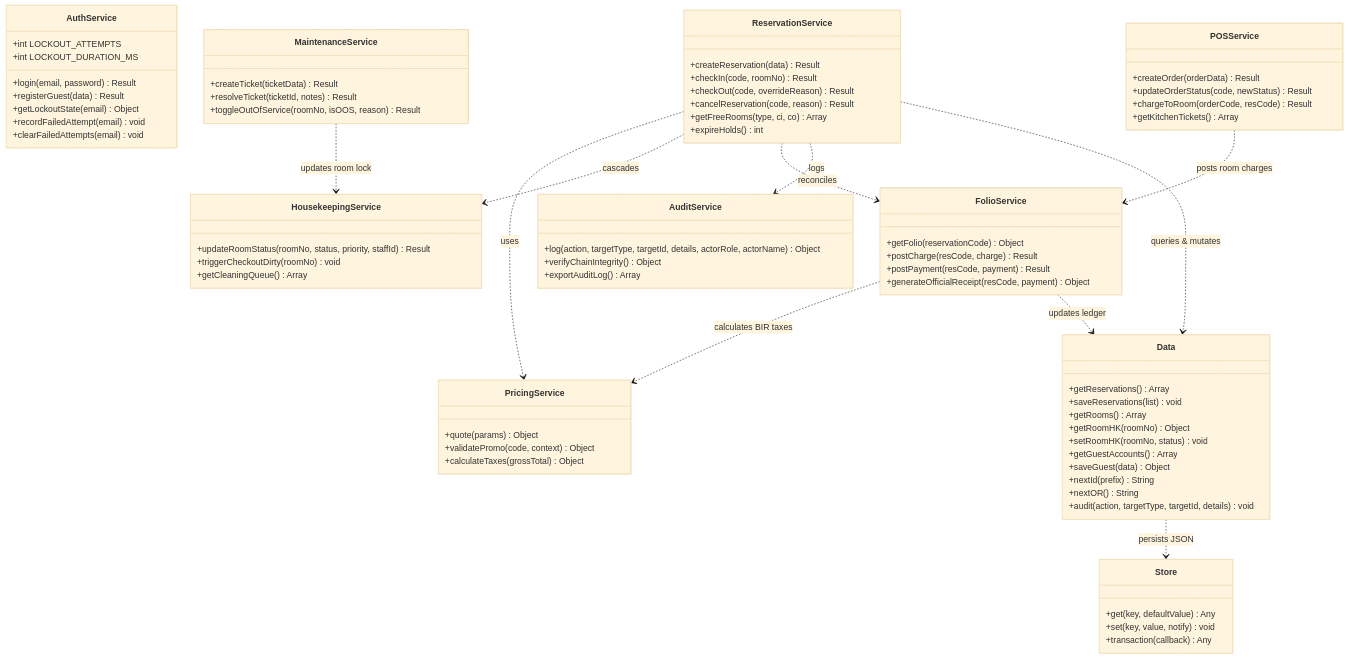
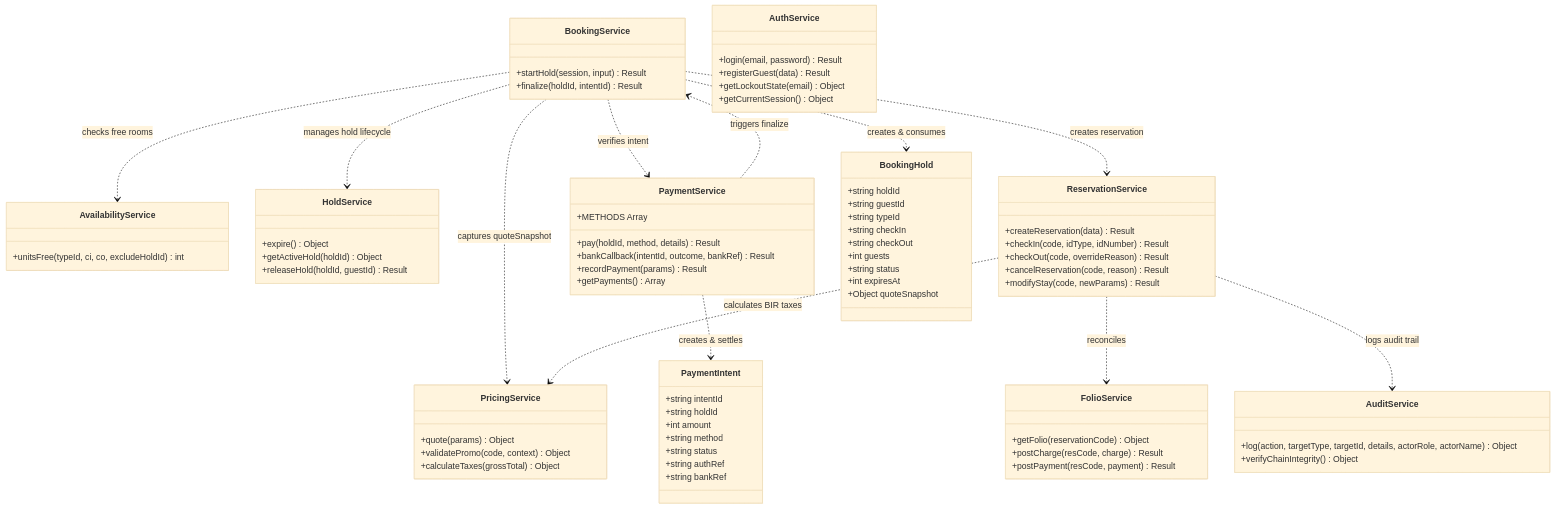
The first of 6 diagrams in docs/UML.md (rech-axn/PUPSJ-HRMS), drawn with Mermaid (base theme) before and after one commit. The commit also changed other lines of this file and 63 other files, not shown here.

````diff
--- a/docs/UML.md
+++ b/docs/UML.md
@@ -12,22 +71,26 @@
 ```mermaid
 classDiagram
-    class AuthService {
-        +int LOCKOUT_ATTEMPTS
-        +int LOCKOUT_DURATION_MS
-        +login(email, password) Result
-        +registerGuest(data) Result
-        +getLockoutState(email) Object
-        +recordFailedAttempt(email) void
-        +clearFailedAttempts(email) void
+    class BookingService {
+        +startHold(session, input) Result
+        +finalize(holdId, intentId) Result
     }
 
-    class ReservationService {
-        +createReservation(data) Result
-        +checkIn(code, roomNo) Result
-        +checkOut(code, overrideReason) Result
-        +cancelReservation(code, reason) Result
-        +getFreeRooms(type, ci, co) Array
-        +expireHolds() int
+    class AvailabilityService {
+        +unitsFree(typeId, ci, co, excludeHoldId) int
+    }
+
+    class HoldService {
+        +expire() Object
+        +getActiveHold(holdId) Object
+        +releaseHold(holdId, guestId) Result
+    }
+
+    class PaymentService {
+        +METHODS Array
+        +pay(holdId, method, details) Result
+        +bankCallback(intentId, outcome, bankRef) Result
+        +recordPayment(params) Result
+        +getPayments() Array
     }
 
     class PricingService {
@@ -36,66 +99,64 @@
         +calculateTaxes(grossTotal) Object
     }
 
+    class ReservationService {
+        +createReservation(data) Result
+        +checkIn(code, idType, idNumber) Result
+        +checkOut(code, overrideReason) Result
+        +cancelReservation(code, reason) Result
+        +modifyStay(code, newParams) Result
+    }
+
+    class AuthService {
+        +login(email, password) Result
+        +registerGuest(data) Result
+        +getLockoutState(email) Object
+        +getCurrentSession() Object
+    }
+
     class FolioService {
         +getFolio(reservationCode) Object
         +postCharge(resCode, charge) Result
         +postPayment(resCode, payment) Result
-        +generateOfficialReceipt(resCode, payment) Object
-    }
-
-    class POSService {
-        +createOrder(orderData) Result
-        +updateOrderStatus(code, newStatus) Result
-        +chargeToRoom(orderCode, resCode) Result
-        +getKitchenTickets() Array
-    }
-
-    class HousekeepingService {
-        +updateRoomStatus(roomNo, status, priority, staffId) Result
-        +triggerCheckoutDirty(roomNo) void
-        +getCleaningQueue() Array
-    }
-
-    class MaintenanceService {
-        +createTicket(ticketData) Result
-        +resolveTicket(ticketId, notes) Result
-        +toggleOutOfService(roomNo, isOOS, reason) Result
     }
 
     class AuditService {
         +log(action, targetType, targetId, details, actorRole, actorName) Object
         +verifyChainIntegrity() Object
-        +exportAuditLog() Array
     }
 
-    class Data {
-        +getReservations() Array
-        +saveReservations(list) void
-        +getRooms() Array
-        +getRoomHK(roomNo) Object
-        +setRoomHK(roomNo, status) void
-        +getGuestAccounts() Array
-        +saveGuest(data) Object
-        +nextId(prefix) String
-        +nextOR() String
-        +audit(action, targetType, targetId, details) void
+    class BookingHold {
+        +string holdId
+        +string guestId
+        +string typeId
+        +string checkIn
+        +string checkOut
+        +int guests
+        +string status
+        +int expiresAt
+        +Object quoteSnapshot
     }
 
-    class Store {
-        +get(key, defaultValue) Any
-        +set(key, value, notify) void
-        +transaction(callback) Any
+    class PaymentIntent {
+        +string intentId
+        +string holdId
+        +int amount
+        +string method
+        +string status
+        +string authRef
+        +string bankRef
     }
 
     %% Relationships
-    ReservationService ..> PricingService : uses
-    ReservationService ..> HousekeepingService : cascades
+    BookingService ..> AvailabilityService : checks free rooms
+    BookingService ..> HoldService : manages hold lifecycle
+    BookingService ..> PricingService : captures quoteSnapshot
+    BookingService ..> PaymentService : verifies intent
+    BookingService ..> ReservationService : creates reservation
+    PaymentService ..> BookingService : triggers finalize
+    ReservationService ..> PricingService : calculates BIR taxes
     ReservationService ..> FolioService : reconciles
-    ReservationService ..> AuditService : logs
-    FolioService ..> PricingService : calculates BIR taxes
-    POSService ..> FolioService : posts room charges
-    MaintenanceService ..> HousekeepingService : updates room lock
-    ReservationService ..> Data : queries & mutates
-    FolioService ..> Data : updates ledger
-    Data ..> Store : persists JSON
+    ReservationService ..> AuditService : logs audit trail
+    BookingService ..> BookingHold : creates & consumes
+    PaymentService ..> PaymentIntent : creates & settles
 ```
````
